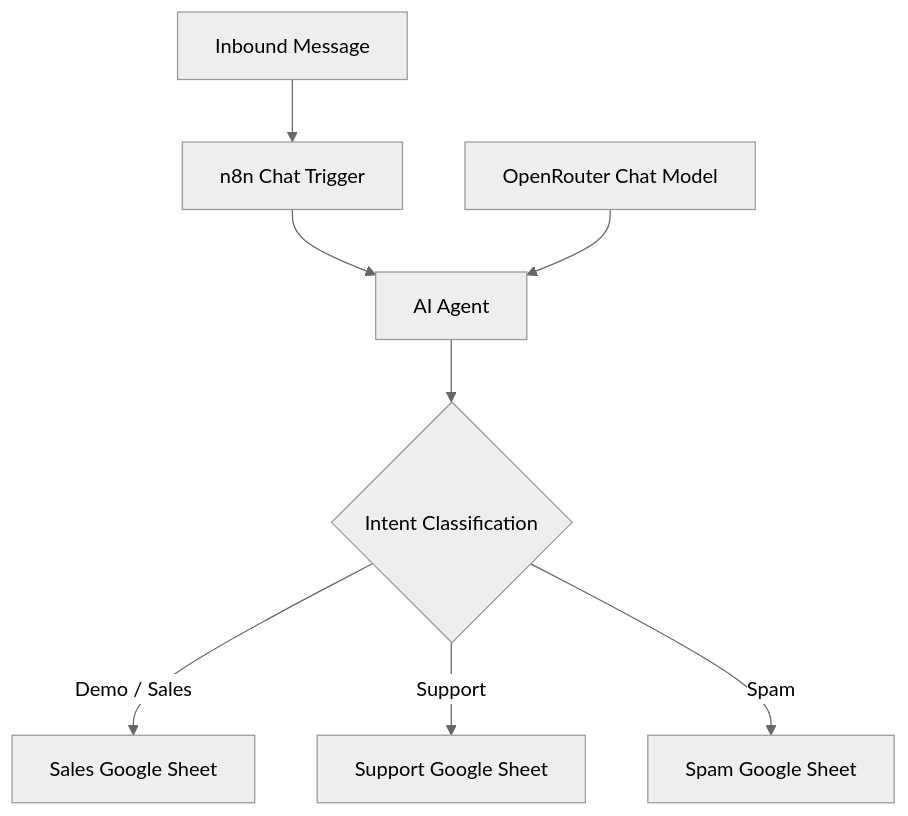
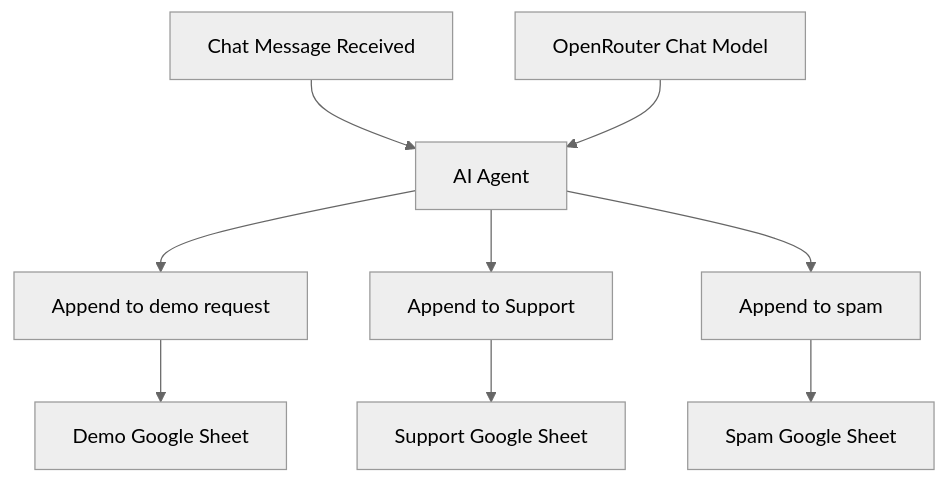
The diagram in 10-agentic-ai-projects/01-intelligent-message-routing-agent/02-system-design/architecture.md (Karthik-pmlead/ai-product-leadership), drawn with Mermaid (neutral theme) before and after one commit. The commit also changed other lines of this file, not shown here.

````diff
--- a/10-agentic-ai-projects/01-intelligent-message-routing-agent/02-system-design/architecture.md
+++ b/10-agentic-ai-projects/01-intelligent-message-routing-agent/02-system-design/architecture.md
@@ -9,10 +9,11 @@
 ```mermaid
 flowchart TD
-    A[Inbound Message] --> B[n8n Chat Trigger]
-    B --> C[AI Agent]
-    L[OpenRouter Chat Model] --> C
-    C --> D{Intent Classification}
-    D -->|Demo / Sales| E[Sales Google Sheet]
-    D -->|Support| F[Support Google Sheet]
-    D -->|Spam| G[Spam Google Sheet]
+    A[Chat Message Received] --> B[AI Agent]
+    L[OpenRouter Chat Model] --> B
+    B --> C[Append to demo request]
+    B --> D[Append to Support]
+    B --> E[Append to spam]
+    C --> F[Demo Google Sheet]
+    D --> G[Support Google Sheet]
+    E --> H[Spam Google Sheet]
 ```
````
